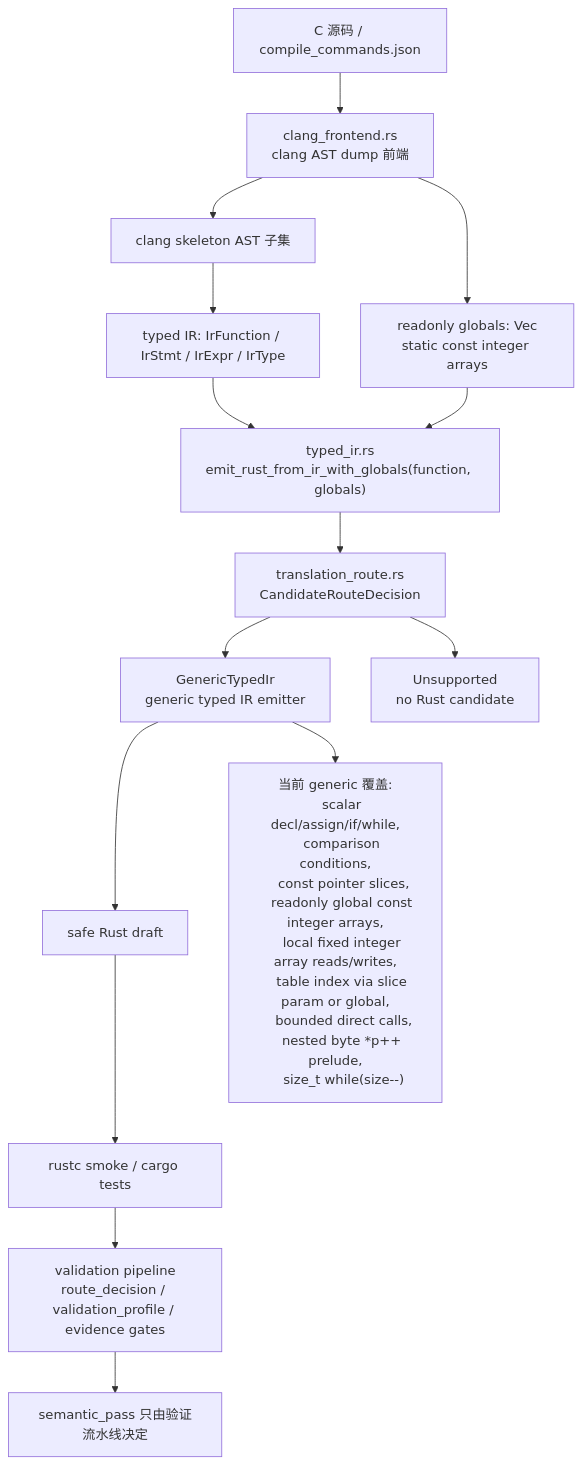
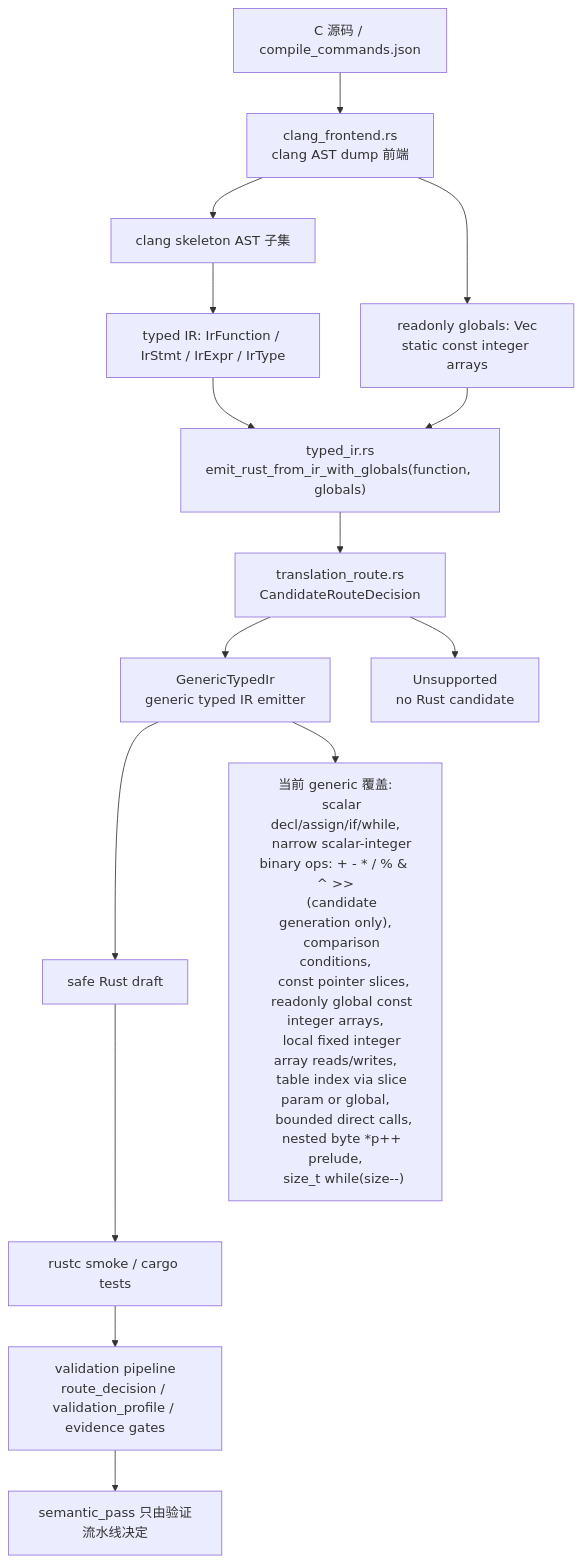
One commit to guoqihan342-svg/c-to-rust changed the diagram in docs/c2rust-migration-agent/core-translation-architecture.md. Above: the diagram before and after it, drawn with Mermaid. The commit also changed other lines of this file and 9 other files, not shown here.

````diff
--- a/docs/c2rust-migration-agent/core-translation-architecture.md
+++ b/docs/c2rust-migration-agent/core-translation-architecture.md
@@ -7,27 +7,29 @@
 ```mermaid
 flowchart TD
     C["C 源码 / compile_commands.json"] --> Clang["clang_frontend.rs<br/>clang AST dump 前端"]
     Clang --> Skeleton["clang skeleton AST 子集"]
     Skeleton --> IR["typed IR: IrFunction / IrStmt / IrExpr / IrType"]
     Clang --> Globals["readonly globals: Vec<IrGlobal><br/>static const integer arrays"]
     IR --> EmitCtx["typed_ir.rs<br/>emit_rust_from_ir_with_globals(function, globals)"]
     Globals --> EmitCtx
     EmitCtx --> RouteMeta["translation_route.rs<br/>CandidateRouteDecision"]
     RouteMeta --> Generic["GenericTypedIr<br/>generic typed IR emitter"]
     RouteMeta --> Unsupported["Unsupported<br/>no Rust candidate"]
     Generic --> Rust["safe Rust draft"]
     Rust --> Rustc["rustc smoke / cargo tests"]
     Rustc --> Validation["validation pipeline<br/>route_decision / validation_profile / evidence gates"]
 
     Generic --> Supported["当前 generic 覆盖:
     scalar decl/assign/if/while,
+    narrow scalar-integer binary ops: + - * / % & ^ >>
+    (candidate generation only),
     comparison conditions,
     const pointer slices,
     readonly global const integer arrays,
     local fixed integer array reads/writes,
     table index via slice param or global,
     bounded direct calls,
     nested byte *p++ prelude,
     size_t while(size--)"]
     Validation --> Semantic["semantic_pass 只由验证流水线决定"]
 ```
````
